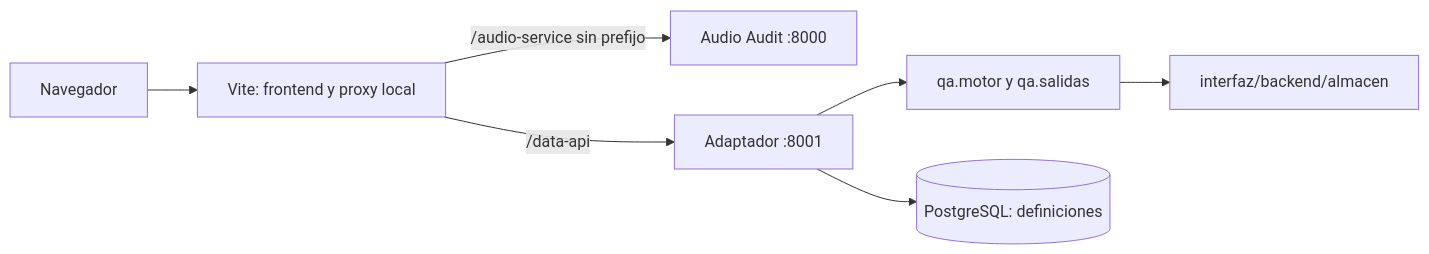
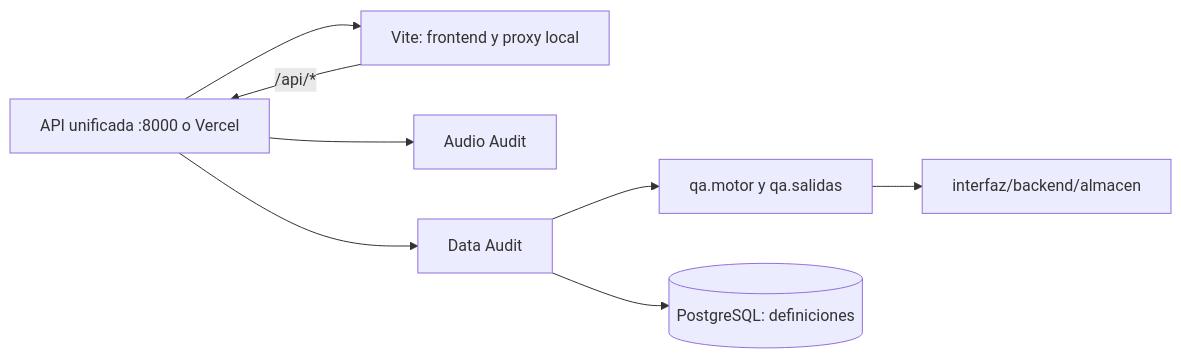
The second of 2 diagrams in documentation/architecture.md (destor01/Data_Engineers_Datat-n2026), drawn with Mermaid before and after one commit. The commit also changed other lines of this file and 46 other files, not shown here.

````diff
--- a/documentation/architecture.md
+++ b/documentation/architecture.md
@@ -63,9 +62,10 @@
 ```mermaid
 flowchart LR
     U[Navegador] --> V[Vite: frontend y proxy local]
-    V -->|/audio-service sin prefijo| A[Audio Audit :8000]
-    V -->|/data-api| D[Adaptador :8001]
+    V -->|/api/*| U[API unificada :8000 o Vercel]
+    U --> A[Audio Audit]
+    U --> D[Data Audit]
     D --> Q[qa.motor y qa.salidas]
     D --> P[(PostgreSQL: definiciones)]
     Q --> F[interfaz/backend/almacen]
 ```
````
